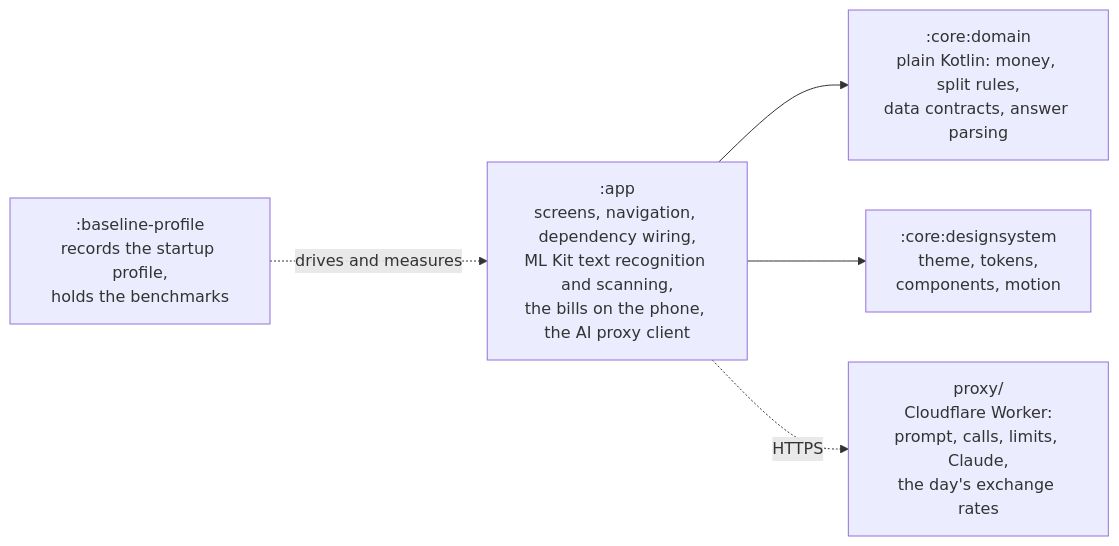
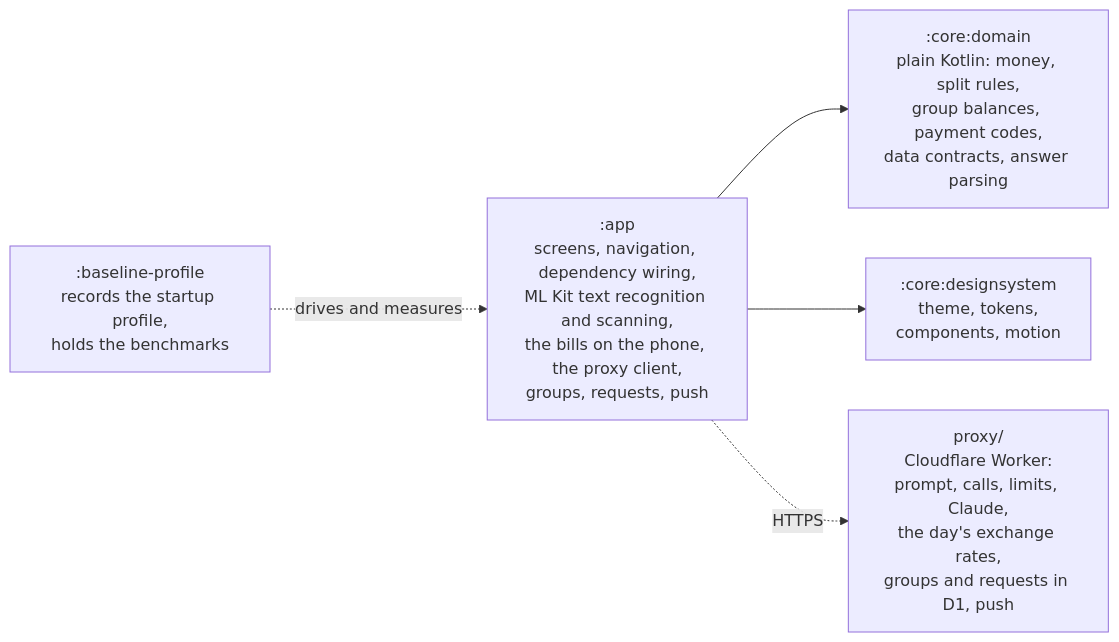
Before and after one commit to dantech0xff/split-bill-poc: the first of 3 diagrams in docs/architecture.md, drawn with Mermaid. The commit also changed other lines of this file and 1 other file, not shown here.

Commit message:
docs: describe groups, payment requests, ways to get paid and push notices

````diff
--- a/docs/architecture.md
+++ b/docs/architecture.md
@@ -9,12 +9,12 @@
 ```mermaid
 flowchart LR
-    app[":app<br/>screens, navigation, dependency wiring,<br/>ML Kit text recognition and scanning,<br/>the bills on the phone, the AI proxy client"]
-    domain[":core:domain<br/>plain Kotlin: money, split rules,<br/>data contracts, answer parsing"]
+    app[":app<br/>screens, navigation, dependency wiring,<br/>ML Kit text recognition and scanning,<br/>the bills on the phone, the proxy client,<br/>groups, requests, push"]
+    domain[":core:domain<br/>plain Kotlin: money, split rules,<br/>group balances, payment codes,<br/>data contracts, answer parsing"]
     design[":core:designsystem<br/>theme, tokens,<br/>components, motion"]
     profile[":baseline-profile<br/>records the startup profile,<br/>holds the benchmarks"]
     app --> domain
     app --> design
     profile -. drives and measures .-> app
-    proxy["proxy/<br/>Cloudflare Worker:<br/>prompt, calls, limits, Claude,<br/>the day's exchange rates"]
+    proxy["proxy/<br/>Cloudflare Worker:<br/>prompt, calls, limits, Claude,<br/>the day's exchange rates,<br/>groups and requests in D1, push"]
     app -. HTTPS .-> proxy
 ```
````
